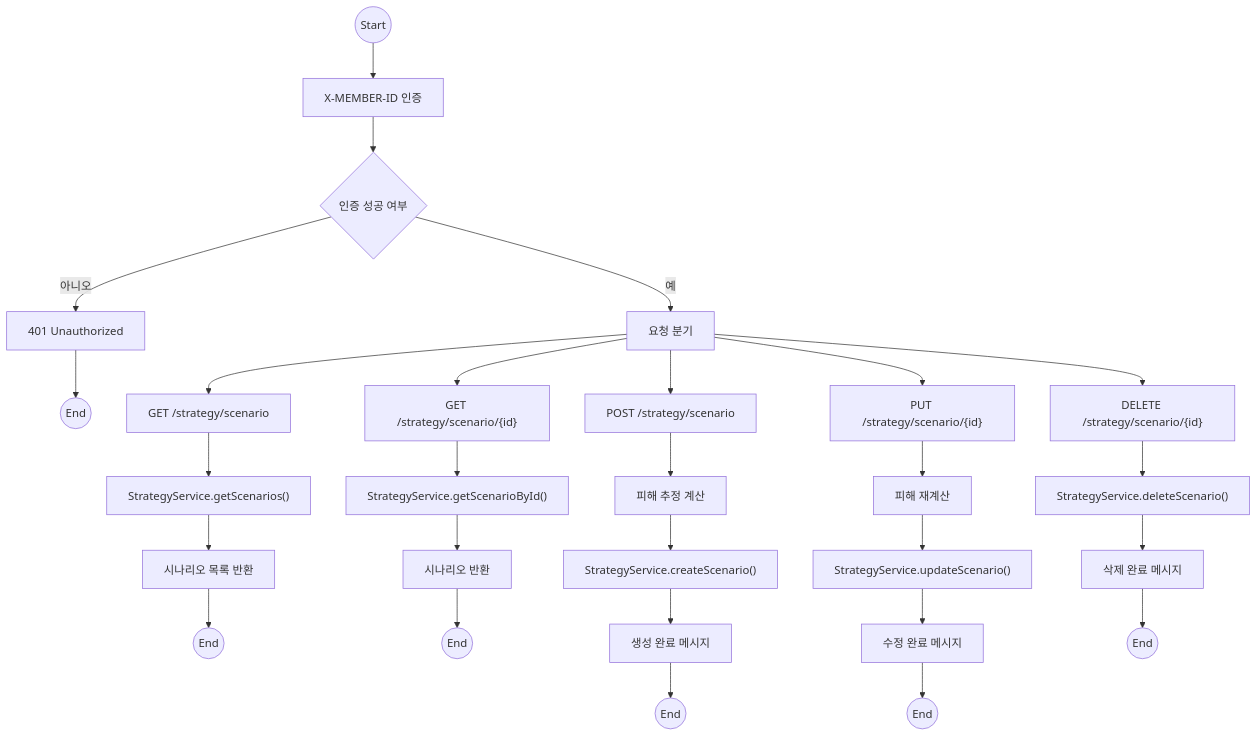
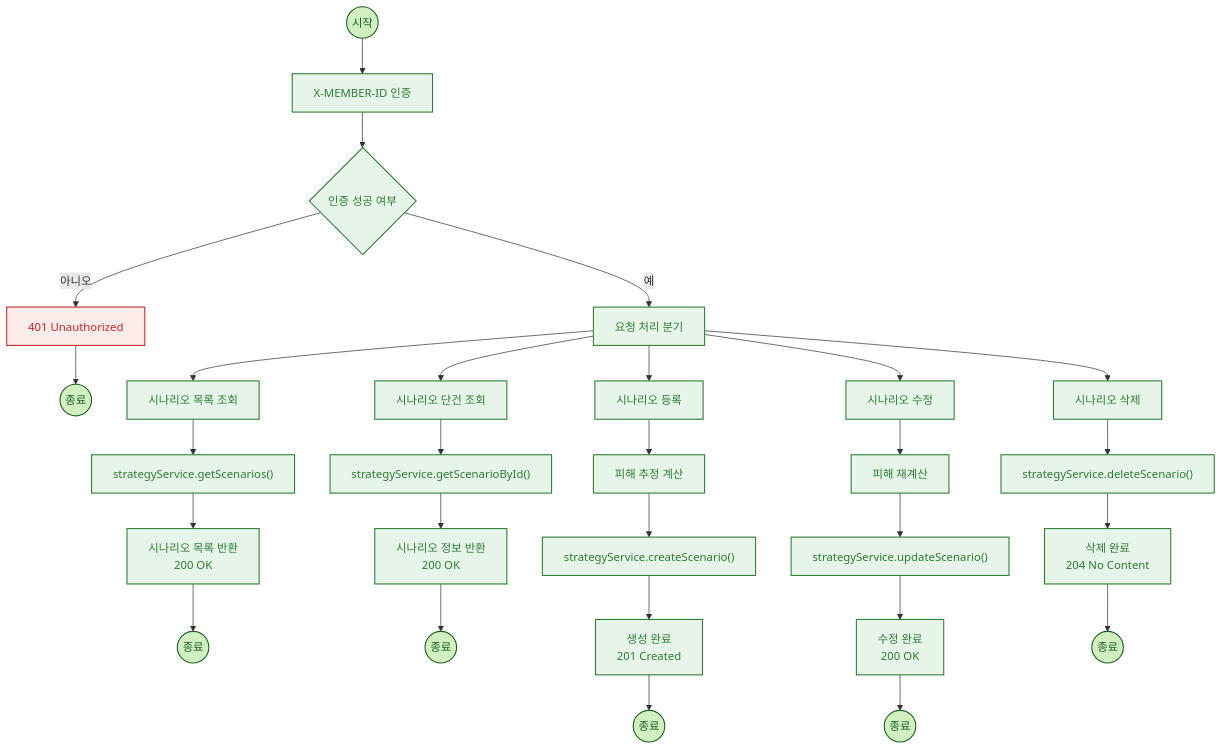
The sixth of 7 diagrams in README.md (NextSpringMysqlMSA/tcfd-service), drawn with Mermaid before and after one commit. The commit also changed other lines of this file, not shown here.

````diff
--- a/README.md
+++ b/README.md
@@ -203,42 +296,56 @@
 ```mermaid
 flowchart TD
+    %% 스타일 정의 
+    classDef process fill:#e6f4ea,stroke:#2e7d32,stroke-width:1.5px,color:#2e7d32
+    classDef decision fill:#e6f4ea,stroke:#2e7d32,stroke-width:1.5px,color:#2e7d32
+    classDef endpoint fill:#d0f0c0,stroke:#1b5e20,stroke-width:1.5px,color:#1b5e20
+    classDef service fill:#e6f4ea,stroke:#2e7d32,stroke-width:1.5px,color:#2e7d32
+    classDef response fill:#e6f4ea,stroke:#2e7d32,stroke-width:1.5px,color:#2e7d32
+    classDef error fill:#fdecea,stroke:#c62828,stroke-width:1.5px,color:#c62828
 
-%% 공통 시작 및 인증
-Start((Start))
-Start --> Auth["X-MEMBER-ID 인증"]
-Auth --> AuthCheck{"인증 성공 여부"}
-AuthCheck -- "아니오" --> Error401["401 Unauthorized"] --> EndError((End))
-AuthCheck -- "예" --> Route["요청 분기"]
+    %% 공통 시작 및 인증
+    Start((시작)) --> Auth["X-MEMBER-ID 인증"]
+    Auth --> AuthCheck{"인증 성공 여부"}
+    AuthCheck -- "아니오" --> Error401["401 Unauthorized"] --> EndError((종료))
+    AuthCheck -- "예" --> Route["요청 처리 분기"]
 
-%% 전체 조회
-Route --> ScenarioGetAll["GET /strategy/scenario"]
-ScenarioGetAll --> ServiceGetAll["StrategyService.getScenarios()"]
-ServiceGetAll --> RespGetAll["시나리오 목록 반환"]
-RespGetAll --> End1((End))
+    %% 전체 조회
+    Route --> ScenarioGetAll["시나리오 목록 조회"]
+    ScenarioGetAll --> ServiceGetAll["strategyService.getScenarios()"]
+    ServiceGetAll --> RespGetAll["시나리오 목록 반환\n200 OK"]
+    RespGetAll --> End1((종료))
 
-%% 단건 조회
-Route --> ScenarioGetOne["GET /strategy/scenario/{id}"]
-ScenarioGetOne --> ServiceGetOne["StrategyService.getScenarioById()"]
-ServiceGetOne --> RespGetOne["시나리오 반환"]
-RespGetOne --> End2((End))
+    %% 단건 조회
+    Route --> ScenarioGetOne["시나리오 단건 조회"]
+    ScenarioGetOne --> ServiceGetOne["strategyService.getScenarioById()"]
+    ServiceGetOne --> RespGetOne["시나리오 정보 반환\n200 OK"]
+    RespGetOne --> End2((종료))
 
-%% 생성
-Route --> ScenarioPost["POST /strategy/scenario"]
-ScenarioPost --> EstimateDamage["피해 추정 계산"]
-EstimateDamage --> ServicePost["StrategyService.createScenario()"]
-ServicePost --> RespPost["생성 완료 메시지"]
-RespPost --> End3((End))
+    %% 생성
+    Route --> ScenarioPost["시나리오 등록"]
+    ScenarioPost --> EstimateDamage["피해 추정 계산"]
+    EstimateDamage --> ServicePost["strategyService.createScenario()"]
+    ServicePost --> RespPost["생성 완료\n201 Created"]
+    RespPost --> End3((종료))
 
-%% 수정
-Route --> ScenarioPut["PUT /strategy/scenario/{id}"]
-ScenarioPut --> EstimateUpdate["피해 재계산"]
-EstimateUpdate --> ServicePut["StrategyService.updateScenario()"]
-ServicePut --> RespPut["수정 완료 메시지"]
-RespPut --> End4((End))
+    %% 수정
+    Route --> ScenarioPut["시나리오 수정"]
+    ScenarioPut --> EstimateUpdate["피해 재계산"]
+    EstimateUpdate --> ServicePut["strategyService.updateScenario()"]
+    ServicePut --> RespPut["수정 완료\n200 OK"]
+    RespPut --> End4((종료))
 
-%% 삭제
-Route --> ScenarioDelete["DELETE /strategy/scenario/{id}"]
-ScenarioDelete --> ServiceDelete["StrategyService.deleteScenario()"]
-ServiceDelete --> RespDelete["삭제 완료 메시지"]
-RespDelete --> End5((End))
+    %% 삭제
+    Route --> ScenarioDelete["시나리오 삭제"]
+    ScenarioDelete --> ServiceDelete["strategyService.deleteScenario()"]
+    ServiceDelete --> RespDelete["삭제 완료\n204 No Content"]
+    RespDelete --> End5((종료))
+
+    %% 스타일 적용
+    class Start,End1,End2,End3,End4,End5,EndError endpoint
+    class Auth,ScenarioGetAll,ScenarioGetOne,ScenarioPost,ScenarioPut,ScenarioDelete,Route,EstimateDamage,EstimateUpdate process
+    class AuthCheck decision
+    class ServiceGetAll,ServiceGetOne,ServicePost,ServicePut,ServiceDelete service
+    class RespGetAll,RespGetOne,RespPost,RespPut,RespDelete response
+    class Error401 error
 ```
````
